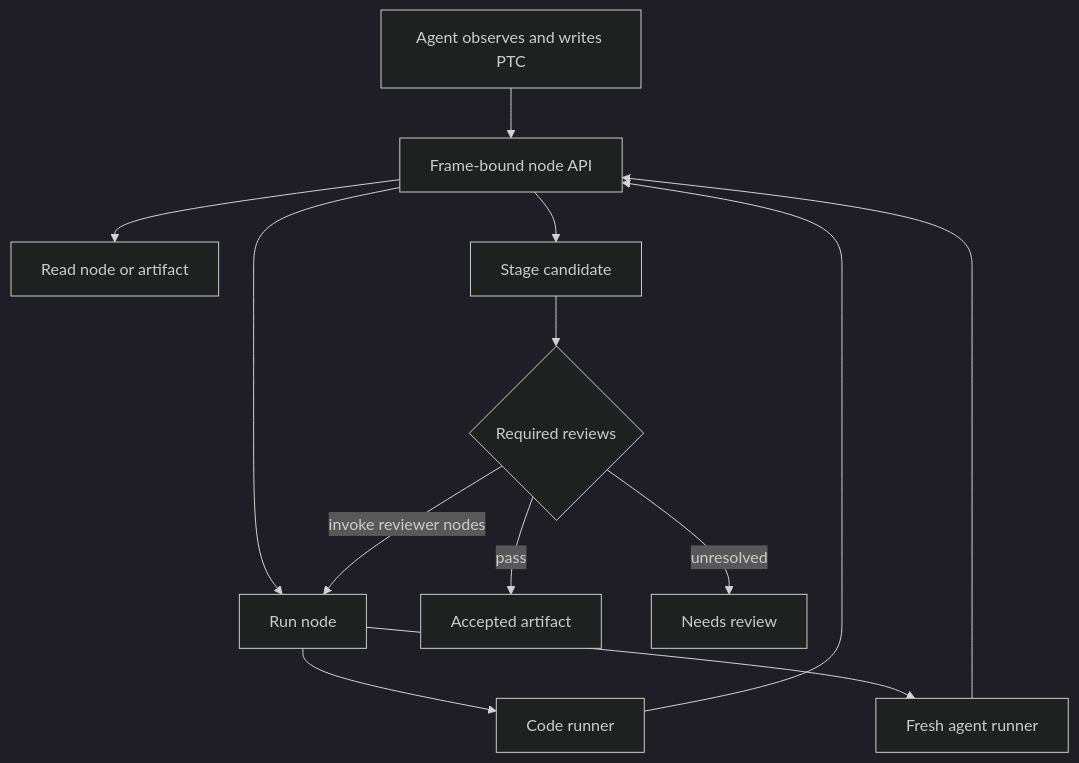
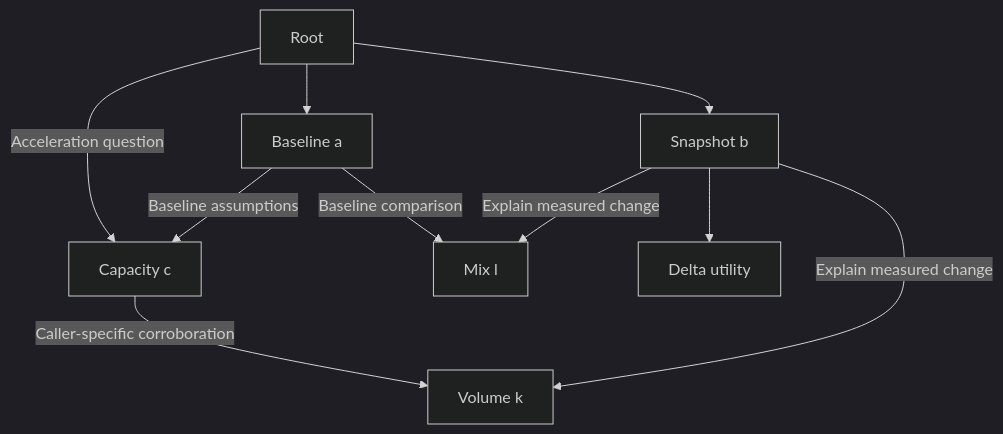
One commit to g-1f/harness changed the diagram in docs/architecture.mmd. Above: the diagram before and after it, drawn with Mermaid (dark theme). The commit also changed 59 other files, not shown here.

```diff
--- a/docs/architecture.mmd
+++ b/docs/architecture.mmd
@@ -1,13 +1,10 @@
 flowchart TD
-    Agent[Agent observes and writes PTC] --> API[Frame-bound node API]
-    API --> Inspect[Read node or artifact]
-    API --> Run[Run node]
-    Run --> Code[Code runner]
-    Run --> Fresh[Fresh agent runner]
-    Code --> API
-    Fresh --> API
-    API --> Stage[Stage candidate]
-    Stage --> Review{Required reviews}
-    Review -->|invoke reviewer nodes| Run
-    Review -->|pass| Accepted[Accepted artifact]
-    Review -->|unresolved| Unresolved[Needs review]
+    R[Root] --> A[Baseline a]
+    R --> B[Snapshot b]
+    R -->|Acceleration question| C[Capacity c]
+    A -->|Baseline assumptions| C
+    A -->|Baseline comparison| L[Mix l]
+    C -->|Caller-specific corroboration| K[Volume k]
+    B -->|Explain measured change| K
+    B -->|Explain measured change| L
+    B --> D[Delta utility]
```
